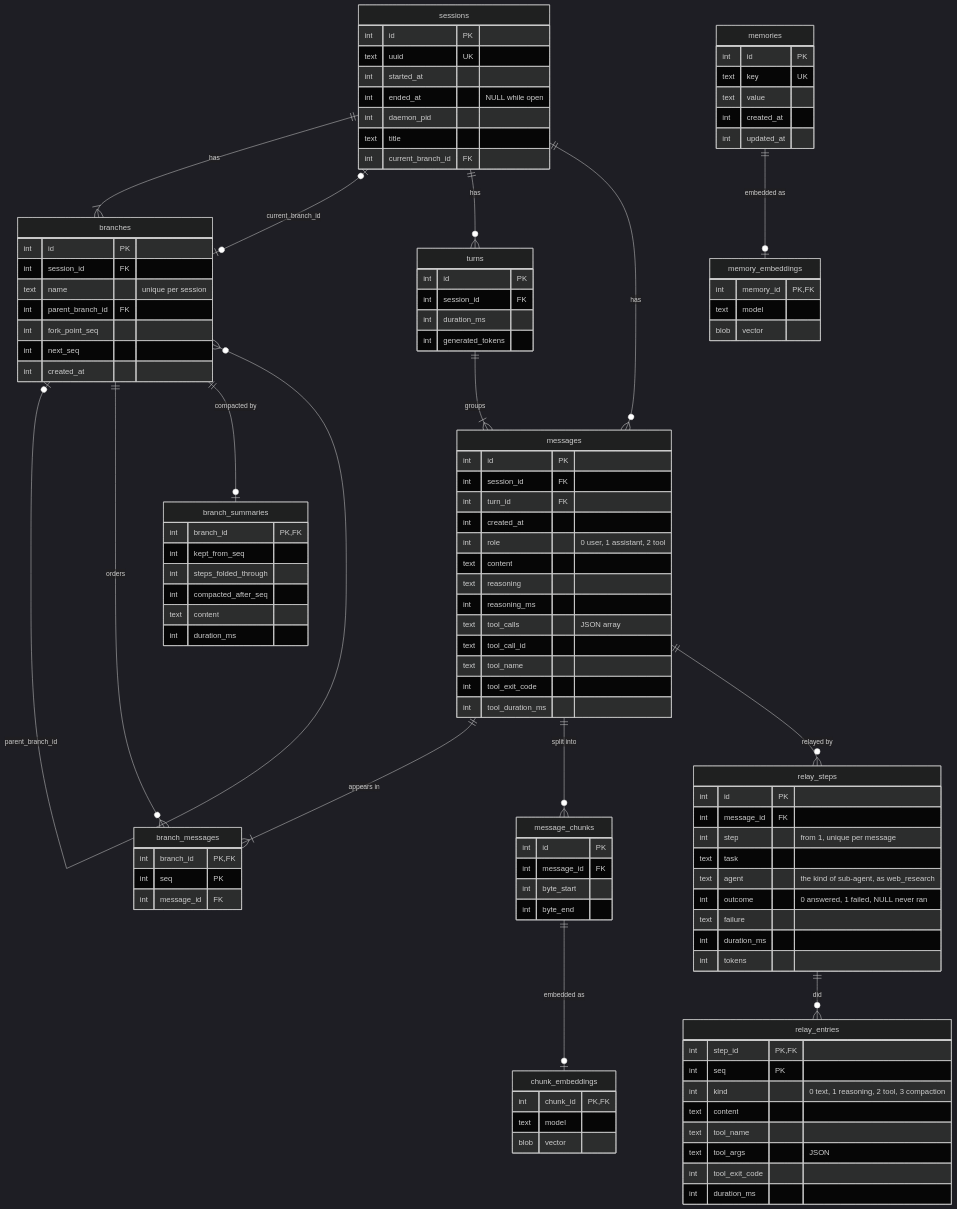
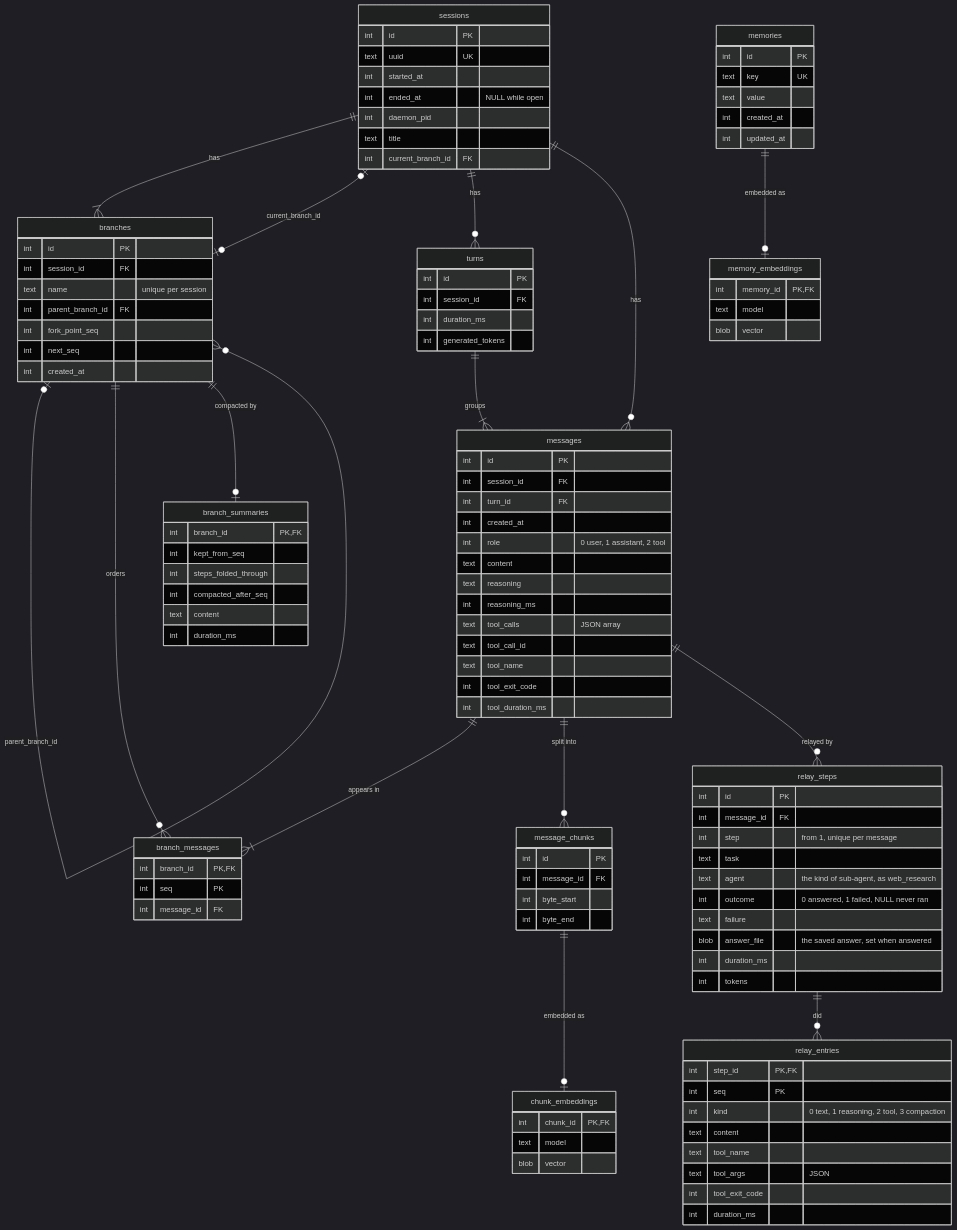
The diagram in docs/database.md (gnolruf/assistd), drawn with Mermaid (dark theme) before and after one commit. The commit also changed 15 other files, not shown here.

Commit message:
answer file for sub agents saved in db

```diff
--- a/docs/database.md
+++ b/docs/database.md
@@ -85,6 +85,7 @@
         text agent "the kind of sub-agent, as web_research"
         int outcome "0 answered, 1 failed, NULL never ran"
         text failure
+        blob answer_file "the saved answer, set when answered"
         int duration_ms
         int tokens
     }
```
